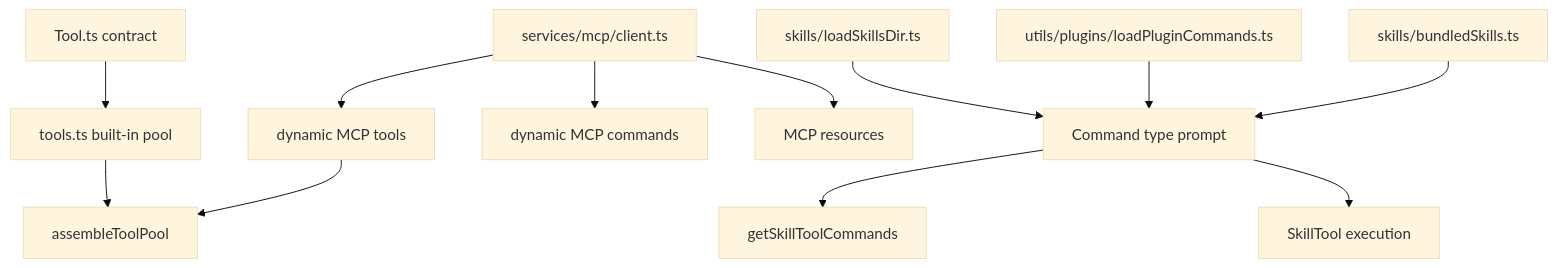
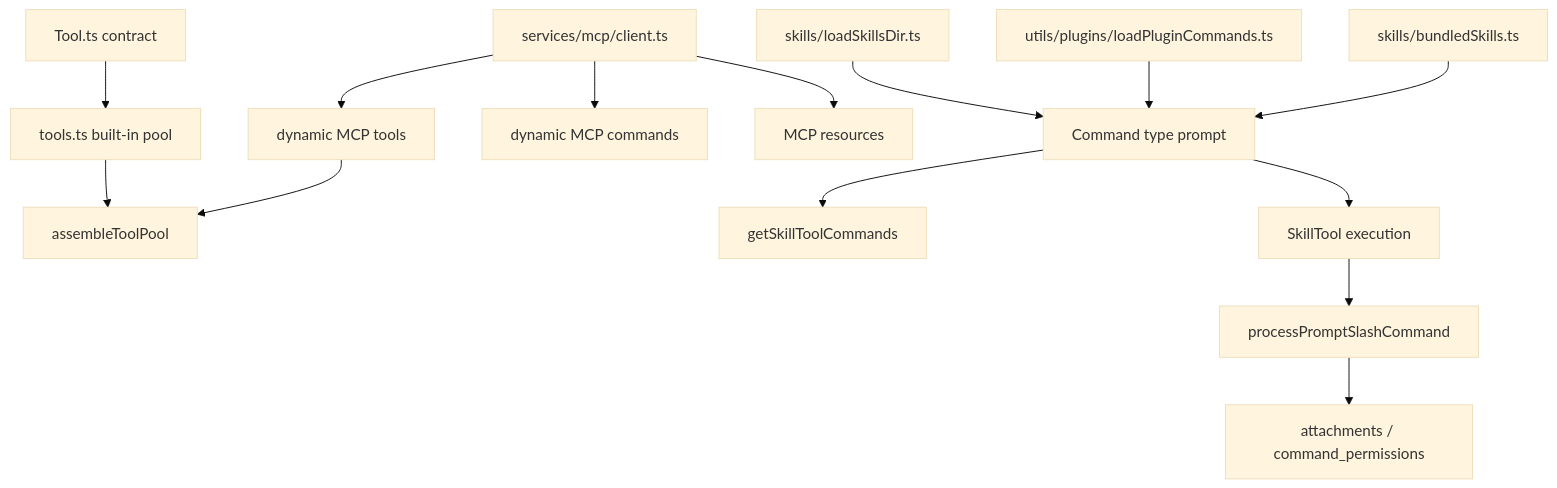
One commit to Boulea7/ClaudeCode-Source-DeepDive changed the diagram in MODULES/05-tools-mcp-skills-and-plugins/DEEP/README.md. Above: the diagram before and after it, drawn with Mermaid (base theme). The commit also changed other lines of this file and 5 other files, not shown here.

````diff
--- a/MODULES/05-tools-mcp-skills-and-plugins/DEEP/README.md
+++ b/MODULES/05-tools-mcp-skills-and-plugins/DEEP/README.md
@@ -333,14 +359,16 @@
 ```mermaid
 flowchart TD
     A[Tool.ts contract] --> B[tools.ts built-in pool]
     C[services/mcp/client.ts] --> D[dynamic MCP tools]
     C --> E[dynamic MCP commands]
     C --> F[MCP resources]
     B --> G[assembleToolPool]
     D --> G
     H[skills/loadSkillsDir.ts] --> I[Command type prompt]
     J[utils/plugins/loadPluginCommands.ts] --> I
     K[skills/bundledSkills.ts] --> I
     I --> L[getSkillToolCommands]
     I --> M[SkillTool execution]
+    M --> N[processPromptSlashCommand]
+    N --> O[attachments / command_permissions]
 ```
````
